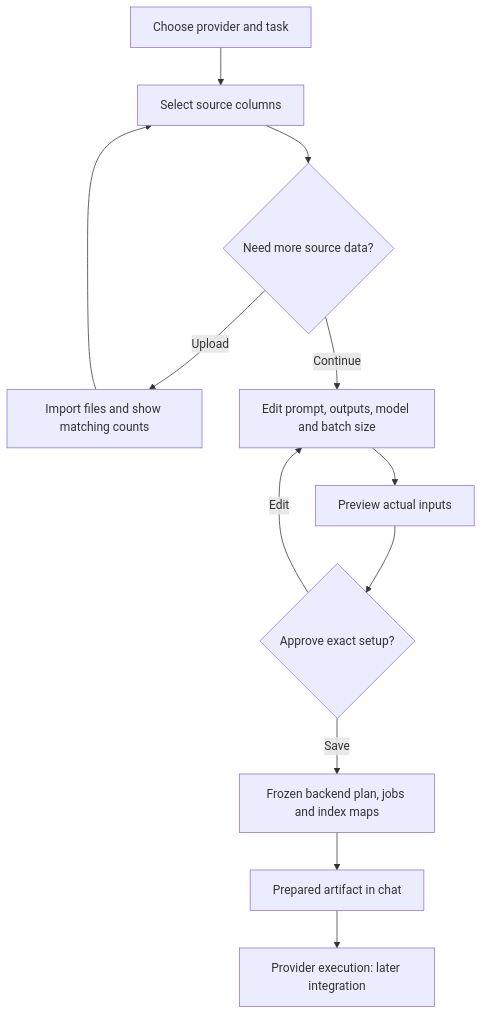
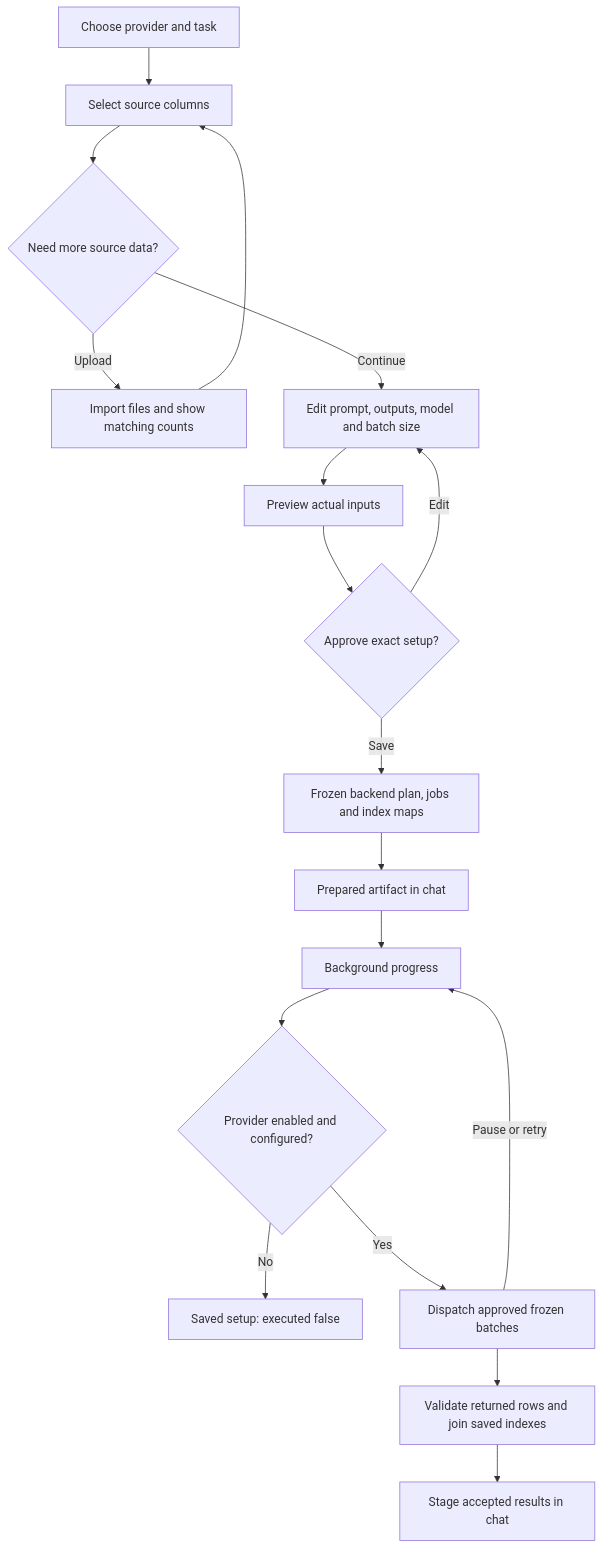
One commit to saksham-personal/local-first-mna-screening changed the diagram in mna-ui/SCREENING_SETUP.md. Above: the diagram before and after it, drawn with Mermaid. The commit also changed other lines of this file and 62 other files, not shown here.

````diff
--- a/mna-ui/SCREENING_SETUP.md
+++ b/mna-ui/SCREENING_SETUP.md
@@ -14,14 +16,20 @@
 ```mermaid
 flowchart TD
   A[Choose provider and task] --> B[Select source columns]
   B --> C{Need more source data?}
   C -- Upload --> D[Import files and show matching counts]
   D --> B
   C -- Continue --> E[Edit prompt, outputs, model and batch size]
   E --> F[Preview actual inputs]
   F --> G{Approve exact setup?}
   G -- Edit --> E
   G -- Save --> H[Frozen backend plan, jobs and index maps]
   H --> I[Prepared artifact in chat]
-  I --> J[Provider execution: later integration]
+  I --> J[Background progress]
+  J --> K{Provider enabled and configured?}
+  K -- No --> L[Saved setup: executed false]
+  K -- Yes --> M[Dispatch approved frozen batches]
+  M --> N[Validate returned rows and join saved indexes]
+  N --> O[Stage accepted results in chat]
+  M -- Pause or retry --> J
 ```
````
